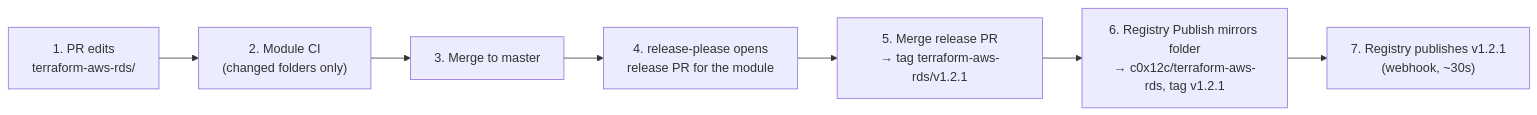
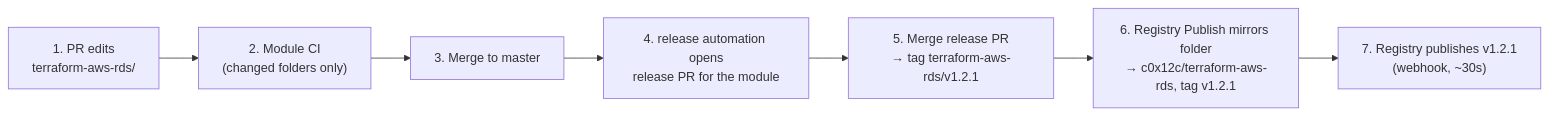
One commit to c0x12c/terraform-modules changed the diagram in README.md. Above: the diagram before and after it, drawn with Mermaid. The commit also changed other lines of this file and 6 other files, not shown here.

Commit message:
docs: standardize release-please terminology to "release automation" (#154)

````diff
--- a/README.md
+++ b/README.md
@@ -24,9 +24,9 @@
 ```mermaid
 flowchart LR
   A["1. PR edits<br/>terraform-aws-rds/"] --> B["2. Module CI<br/>(changed folders only)"]
   B --> C["3. Merge to master"]
-  C --> D["4. release-please opens<br/>release PR for the module"]
+  C --> D["4. release automation opens<br/>release PR for the module"]
   D --> E["5. Merge release PR<br/>→ tag terraform-aws-rds/v1.2.1"]
   E --> F["6. Registry Publish mirrors folder<br/>→ c0x12c/terraform-aws-rds, tag v1.2.1"]
   F --> G["7. Registry publishes v1.2.1<br/>(webhook, ~30s)"]
 ```
````
